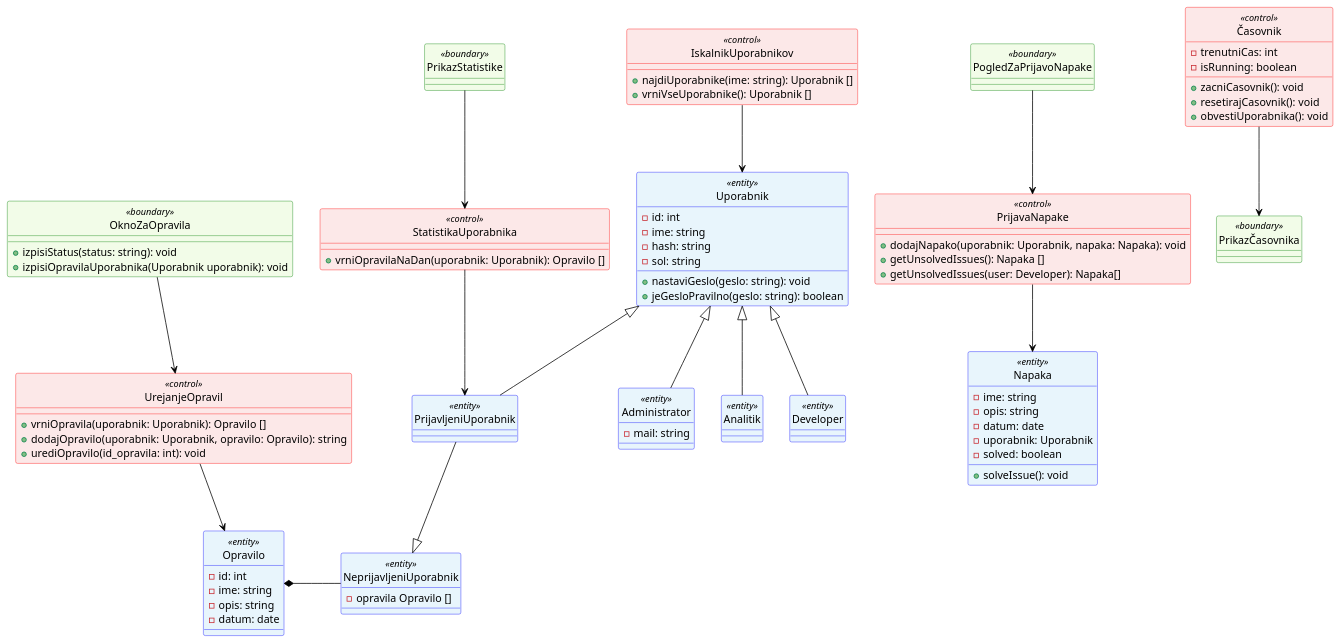
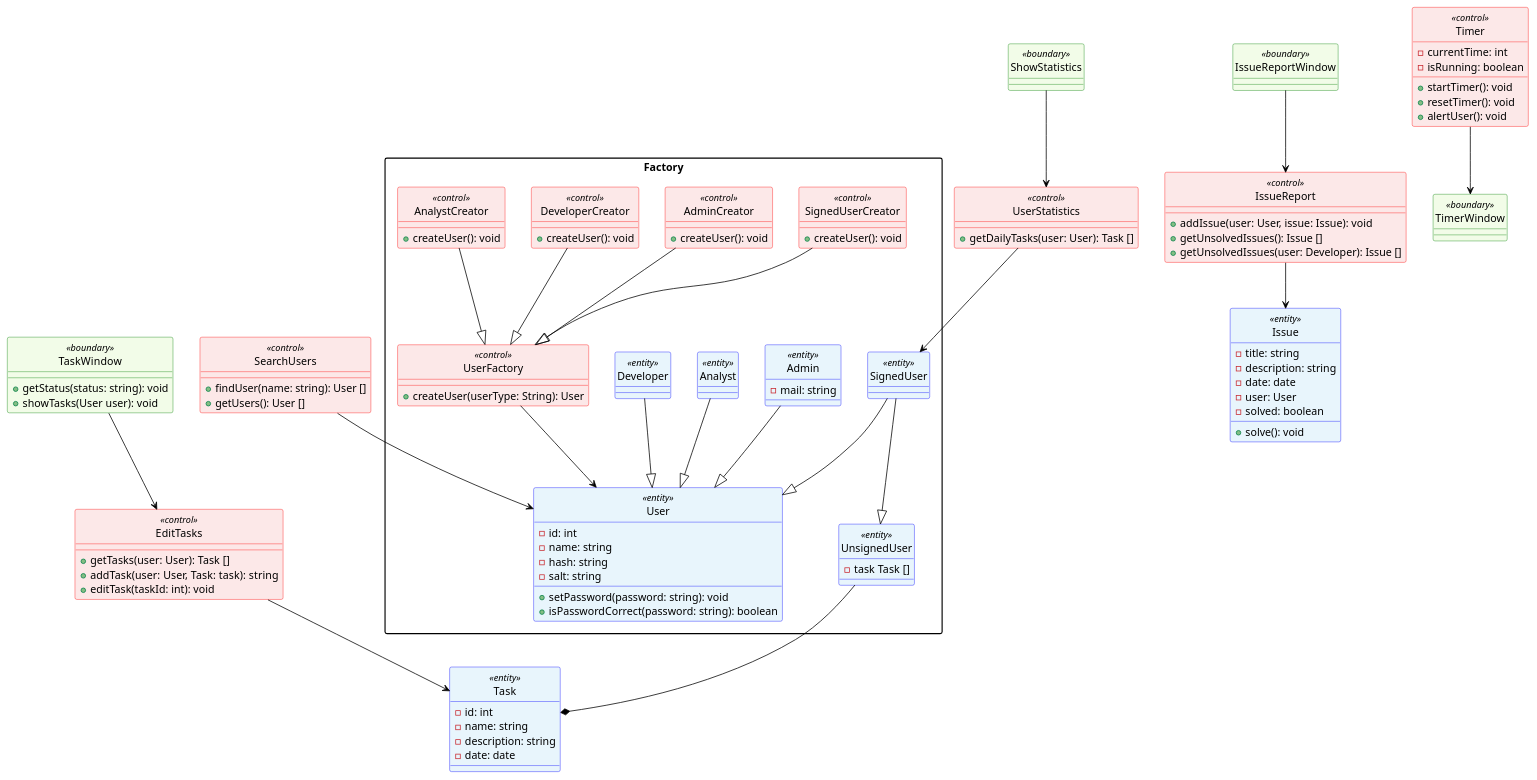
Before and after one commit to juremrzek/ProductivityApp: the diagram in docs/gradivo/plantuml/razredni_diagram.plantuml, drawn with PlantUML. The commit also changed other lines of this file, not shown here.

Commit message:
Added factory pattern

```diff
--- a/docs/gradivo/plantuml/razredni_diagram.plantuml
+++ b/docs/gradivo/plantuml/razredni_diagram.plantuml
@@ -1,121 +1,144 @@
 @startuml Aplikacija produktivnosti in organizacije 
 skinparam class {
   backgroundColor white
   borderColor #5FB8EC
   arrowColor black
 }
 skinparam class<<entity>> {
   backgroundColor #e8f5fc
   borderColor Blue
 }
 skinparam class<<control>> {
   backgroundColor #fce8e8
   borderColor Red
 }
 skinparam class<<boundary>> {
   backgroundColor #f2fce8
   borderColor Green
 }
 
 'skinparam shadowing false
 skinparam defaultTextAlignment center
+skinparam packageStyle rectangle
+skinparam groupInheritance 2
 hide circle
 'hide members
 
 '---------Razredi---------------------------
-' Ali bo uporabnik imel atribut tip ali bomo imeli posebej
-' razred za prijavljene/neprijavljene/developer uporabnike? idk
-Class NeprijavljeniUporabnik<<entity>> {
-  -opravila Opravilo []
+package Factory{
+  Class User<<entity>> {
+    -id: int
+    -name: string
+    -hash: string
+    -salt: string 
+    +setPassword(password: string): void
+    +isPasswordCorrect(password: string): boolean
+  }
+  Class UserFactory<<control>>{
+    +createUser(userType: String): User
+  }
+  Class SignedUser<<entity>>{
+
+  }
+  Class Admin<<entity>>{
+    -mail: string
+  }
+  Class Analyst<<entity>>{
+
+  }
+  Class Developer<<entity>>{
+
+  }
+  Class UnsignedUser<<entity>> {
+    -task Task []
+  }
+  Class SignedUserCreator<<control>>{
+    +createUser(): void
+  }
+  Class AdminCreator<<control>>{
+    +createUser(): void
+  }
+  Class DeveloperCreator<<control>>{
+    +createUser(): void
+  }
+  Class AnalystCreator<<control>>{
+    +createUser(): void
+  }
 }
-Class Uporabnik<<entity>> {
-  -id: int
-  -ime: string
-  -hash: string
-  -sol: string 
-  +nastaviGeslo(geslo: string): void
-  +jeGesloPravilno(geslo: string): boolean
+
+Class UserStatistics<<control>>{
+  +getDailyTasks(user: User): Task []
 }
-Class PrijavljeniUporabnik<<entity>>{
+Class ShowStatistics<<boundary>>{
 
 }
-Class Administrator<<entity>>{
-  -mail: string
+Class Task<<entity>>{
+  -id: int
+  -name: string
+  -description: string
+  -date: date
 }
-Class Analitik<<entity>>{
+class EditTasks<<control>>{
+  +getTasks(user: User): Task []
+  +addTask(user: User, Task: task): string
+  +editTask(taskId: int): void
+}
+class TaskWindow<<boundary>>{
+  +getStatus(status: string): void
+  +showTasks(User user): void
+}
+Class Issue<<entity>>{
+  -title: string
+  -description: string
+  -date: date
+  -user: User
+  -solved: boolean
+  +solve(): void
+}
+Class IssueReport<<control>>{
+  +addIssue(user: User, issue: Issue): void
+  +getUnsolvedIssues(): Issue []
+  +getUnsolvedIssues(user: Developer): Issue []
+}
+Class IssueReportWindow<<boundary>>
 
-}
-Class Developer<<entity>>{
-
-}
-Class StatistikaUporabnika<<control>>{
-  +vrniOpravilaNaDan(uporabnik: Uporabnik): Opravilo []
-}
-Class PrikazStatistike<<boundary>>{
-
-}
-Class Opravilo<<entity>>{
-  -id: int
-  -ime: string
-  -opis: string
-  -datum: date
-}
-class UrejanjeOpravil<<control>>{
-  +vrniOpravila(uporabnik: Uporabnik): Opravilo []
-  +dodajOpravilo(uporabnik: Uporabnik, opravilo: Opravilo): string
-  +urediOpravilo(id_opravila: int): void
-}
-class OknoZaOpravila<<boundary>>{
-  +izpisiStatus(status: string): void
-  +izpisiOpravilaUporabnika(Uporabnik uporabnik): void
-}
-Class Napaka<<entity>>{
-  -ime: string
-  -opis: string
-  -datum: date
-  -uporabnik: Uporabnik
-  -solved: boolean
-  +solveIssue(): void
-}
-Class PrijavaNapake<<control>>{
-  +dodajNapako(uporabnik: Uporabnik, napaka: Napaka): void
-  +getUnsolvedIssues(): Napaka []
-  +getUnsolvedIssues(user: Developer): Napaka[]
-}
-Class PogledZaPrijavoNapake<<boundary>>
-
-Class IskalnikUporabnikov<<control>>{
-  +najdiUporabnike(ime: string): Uporabnik []
-  +vrniVseUporabnike(): Uporabnik []
+Class SearchUsers<<control>>{
+  +findUser(name: string): User []
+  +getUsers(): User []
 }
 
-' obvestiUporabnika - ko čas poteče, naredi popup al whatever. (better name pls)
+' obvestiUsera - ko čas poteče, naredi popup al whatever. (better name pls)
 ' also a rabmo dodatne atribute/funkcije za pavzo?
-Class Časovnik<<control>>{
-  -trenutniCas: int
+Class Timer<<control>>{
+  -currentTime: int
   -isRunning: boolean
-  +zacniCasovnik(): void
-  +resetirajCasovnik(): void
-  +obvestiUporabnika(): void
+  +startTimer(): void
+  +resetTimer(): void
+  +alertUser(): void
 }
-Class PrikazČasovnika<<boundary>>{
+Class TimerWindow<<boundary>>{
   
 }
 
 
 '------Povezave-----------------------
-NeprijavljeniUporabnik -left-* Opravilo
-UrejanjeOpravil --> Opravilo
-OknoZaOpravila --> UrejanjeOpravil
-PrijavaNapake --> Napaka
-PogledZaPrijavoNapake --> PrijavaNapake
-IskalnikUporabnikov --> Uporabnik
-Časovnik --> PrikazČasovnika
-PrijavljeniUporabnik -up-|> Uporabnik
-PrijavljeniUporabnik --|> NeprijavljeniUporabnik
-Analitik -up-|> Uporabnik
-Administrator -up-|> Uporabnik
-Developer -up-|> Uporabnik
-StatistikaUporabnika --> PrijavljeniUporabnik
-PrikazStatistike --> StatistikaUporabnika
+UnsignedUser --* Task
+EditTasks --> Task
+TaskWindow --> EditTasks
+IssueReport --> Issue
+IssueReportWindow --> IssueReport
+SearchUsers --> User
+Timer --> TimerWindow
+SignedUser --|> User
+SignedUser --|> UnsignedUser
+Analyst --|> User
+Admin --|> User
+Developer --|> User
+UserStatistics --> SignedUser
+ShowStatistics --> UserStatistics
+UserFactory --> User
+SignedUserCreator --|> UserFactory
+DeveloperCreator --|> UserFactory
+AnalystCreator --|> UserFactory
+AdminCreator --|> UserFactory
 @enduml
```
